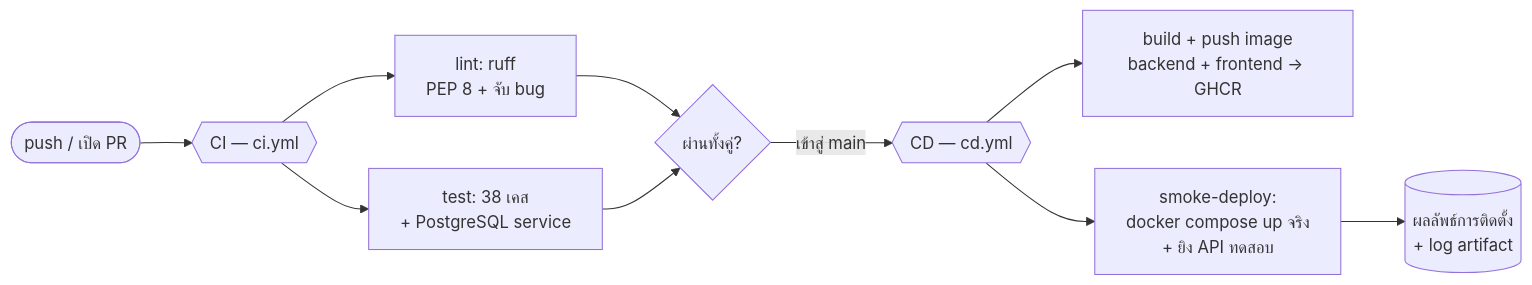
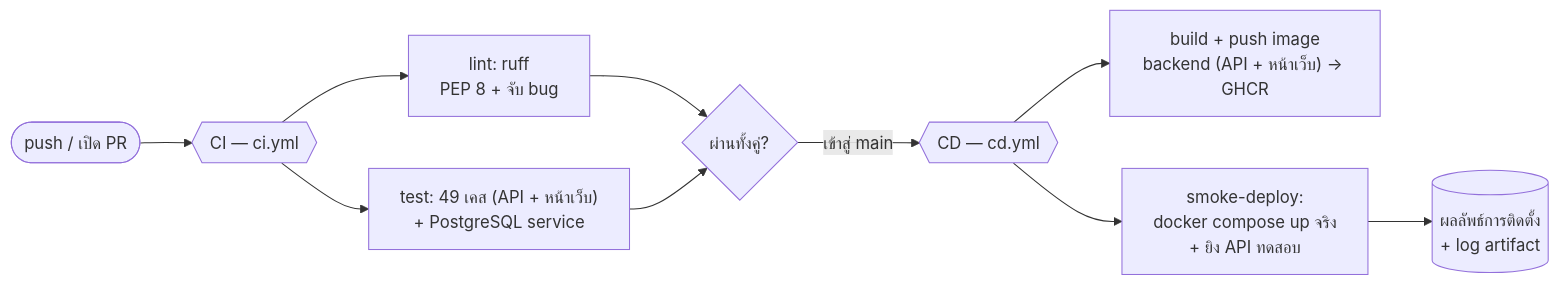
One commit to Parkjindream/it-device-borrowing-system changed the diagram in docs/presentation/10-cicd.md. Above: the diagram before and after it, drawn with Mermaid. The commit also changed other lines of this file and 9 other files, not shown here.

````diff
--- a/docs/presentation/10-cicd.md
+++ b/docs/presentation/10-cicd.md
@@ -7,12 +7,12 @@
 ```mermaid
 flowchart LR
     DEV([push / เปิด PR]) --> CI{{"CI — ci.yml"}}
     CI --> L[lint: ruff\nPEP 8 + จับ bug]
-    CI --> T["test: 38 เคส\n+ PostgreSQL service"]
+    CI --> T["test: 49 เคส (API + หน้าเว็บ)\n+ PostgreSQL service"]
     L --> G{ผ่านทั้งคู่?}
     T --> G
     G -->|เข้าสู่ main| CD{{"CD — cd.yml"}}
-    CD --> B["build + push image\nbackend + frontend → GHCR"]
+    CD --> B["build + push image\nbackend (API + หน้าเว็บ) → GHCR"]
     CD --> SM["smoke-deploy:\ndocker compose up จริง\n+ ยิง API ทดสอบ"]
     SM --> R[(ผลลัพธ์การติดตั้ง\n+ log artifact)]
 ```
````
